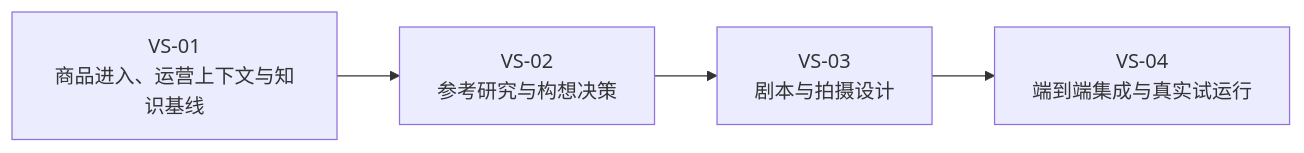
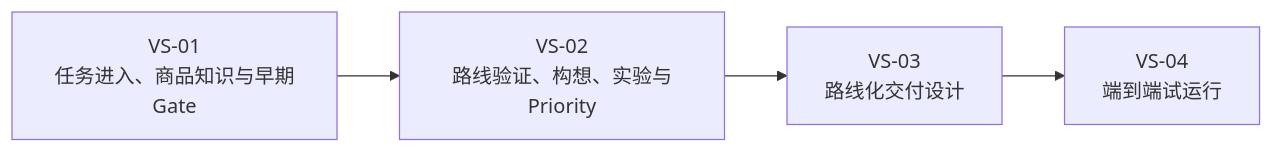
One commit to SONG-36/TK_Video_Intelligence_Workbench changed the first of 6 diagrams in 05_RELEASE_1_VERTICAL_SLICES.md. Above: the diagram before and after it, drawn with Mermaid. The commit also changed other lines of this file and 8 other files, not shown here.

````diff
--- a/05_RELEASE_1_VERTICAL_SLICES.md
+++ b/05_RELEASE_1_VERTICAL_SLICES.md
@@ -22,9 +36,9 @@
 ```mermaid
 flowchart LR
-    VS1[VS-01<br/>商品进入、运营上下文与知识基线]
-    VS2[VS-02<br/>参考研究与构想决策]
-    VS3[VS-03<br/>剧本与拍摄设计]
-    VS4[VS-04<br/>端到端集成与真实试运行]
+    VS1[VS-01<br/>任务进入、商品知识与早期Gate]
+    VS2[VS-02<br/>路线验证、构想、实验与Priority]
+    VS3[VS-03<br/>路线化交付设计]
+    VS4[VS-04<br/>端到端试运行]
 
     VS1 --> VS2 --> VS3 --> VS4
 ```
````
